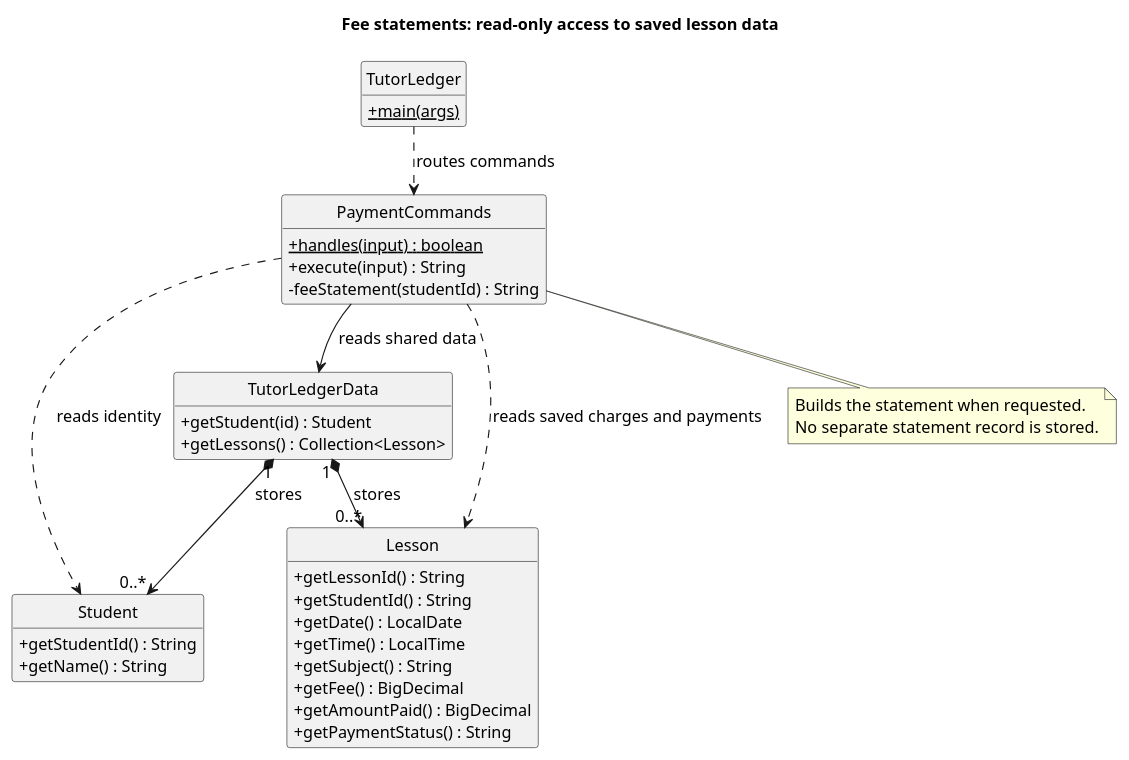
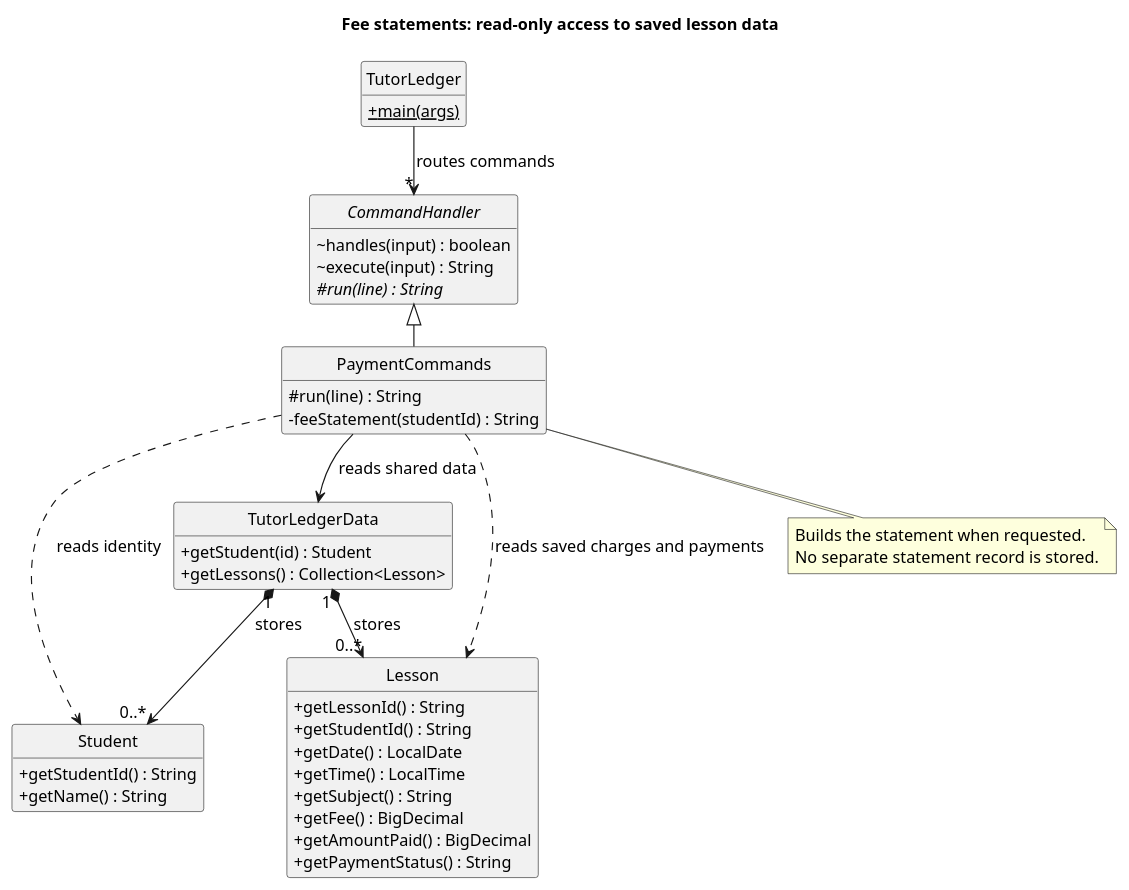
Before and after one commit to AY2627S1-CS2113-W12-2/tp: the diagram in docs/diagrams/fee-statement-class.puml, drawn with PlantUML. The commit also changed 31 other files, not shown here.

```diff
--- a/docs/diagrams/fee-statement-class.puml
+++ b/docs/diagrams/fee-statement-class.puml
@@ -1,49 +1,54 @@
 @startuml
 !pragma layout smetana
 skinparam backgroundColor white
 skinparam defaultFontSize 14
 skinparam shadowing false
 hide circle
 skinparam classAttributeIconSize 0
 hide empty members
 title Fee statements: read-only access to saved lesson data
 
 class TutorLedger {
   {static} +main(args)
 }
+abstract class CommandHandler {
+  ~handles(input) : boolean
+  ~execute(input) : String
+  #{abstract} run(line) : String
+}
 class PaymentCommands {
-  {static} +handles(input) : boolean
-  +execute(input) : String
+  #run(line) : String
   -feeStatement(studentId) : String
 }
 class TutorLedgerData {
   +getStudent(id) : Student
   +getLessons() : Collection<Lesson>
 }
 class Student {
   +getStudentId() : String
   +getName() : String
 }
 class Lesson {
   +getLessonId() : String
   +getStudentId() : String
   +getDate() : LocalDate
   +getTime() : LocalTime
   +getSubject() : String
   +getFee() : BigDecimal
   +getAmountPaid() : BigDecimal
   +getPaymentStatus() : String
 }
 
-TutorLedger ..> PaymentCommands : routes commands
+TutorLedger --> "*" CommandHandler : routes commands
+CommandHandler <|-- PaymentCommands
 PaymentCommands --> TutorLedgerData : reads shared data
 TutorLedgerData "1" *--> "0..*" Student : stores
 TutorLedgerData "1" *--> "0..*" Lesson : stores
 PaymentCommands ..> Student : reads identity
 PaymentCommands ..> Lesson : reads saved charges and payments
 
 note bottom of PaymentCommands
   Builds the statement when requested.
   No separate statement record is stored.
 end note
 @enduml
```
